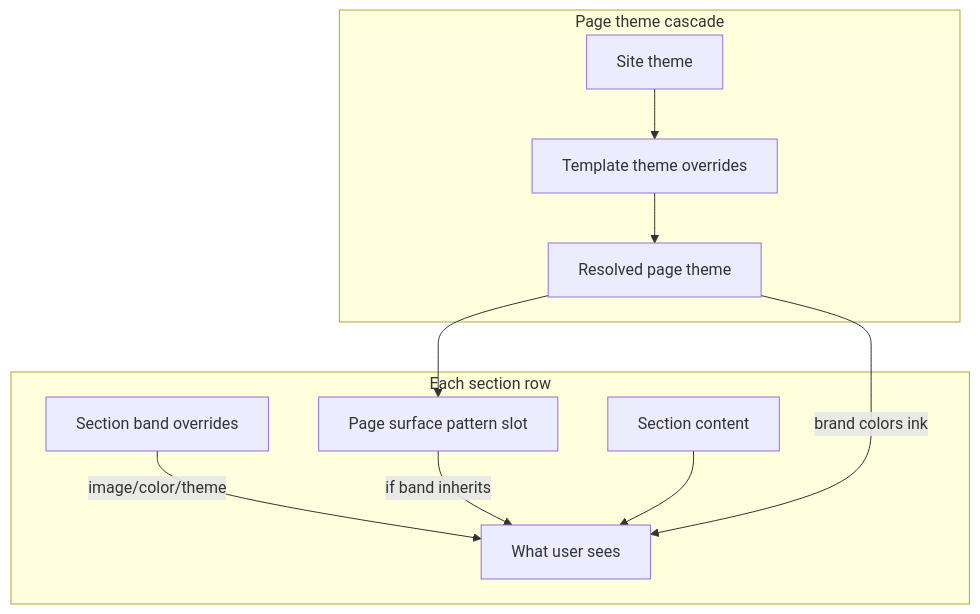
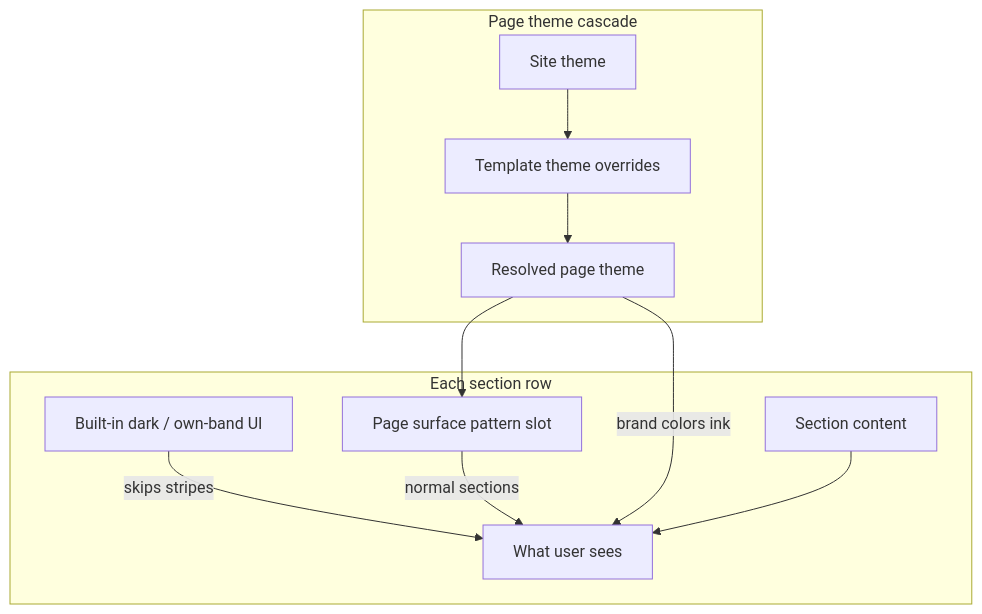
The diagram in client/documentation/CMS-OVERRIDE-GUIDE.md (Akashkadam131724/project-2-skillhub), drawn with Mermaid before and after one commit. The commit also changed other lines of this file and 9 other files, not shown here.

````diff
--- a/client/documentation/CMS-OVERRIDE-GUIDE.md
+++ b/client/documentation/CMS-OVERRIDE-GUIDE.md
@@ -166,21 +156,20 @@
 ```mermaid
 flowchart TB
   subgraph theme [Page theme cascade]
     ST[Site theme]
     TT[Template theme overrides]
     RT[Resolved page theme]
     ST --> TT --> RT
   end
 
   subgraph section [Each section row]
-  SB[Section band overrides]
+  OWN[Built-in dark / own-band UI]
   SP[Page surface pattern slot]
   SC[Section content]
-  SB -->|image/color/theme| VIS[What user sees]
-  SP -->|if band inherits| VIS
+  OWN -->|skips stripes| VIS[What user sees]
+  SP -->|normal sections| VIS
   RT --> SP
+  RT -->|brand colors ink| VIS
   SC --> VIS
   end
-
-  RT -->|brand colors ink| VIS
 ```
````
